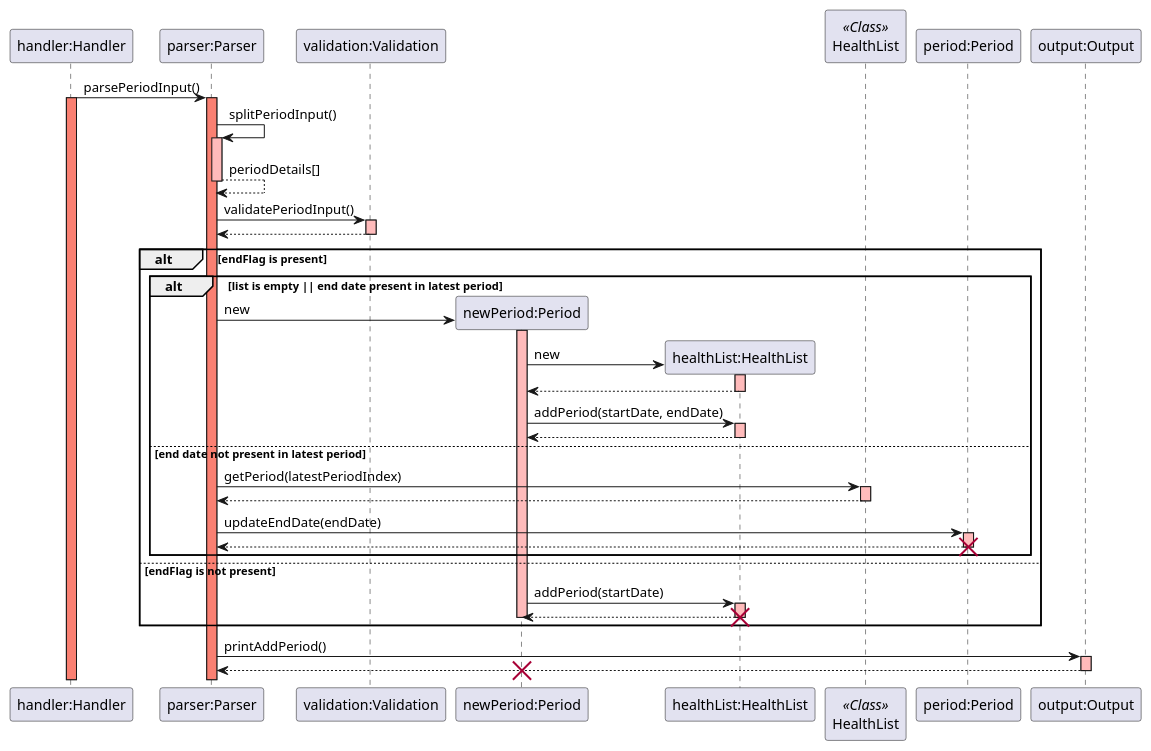
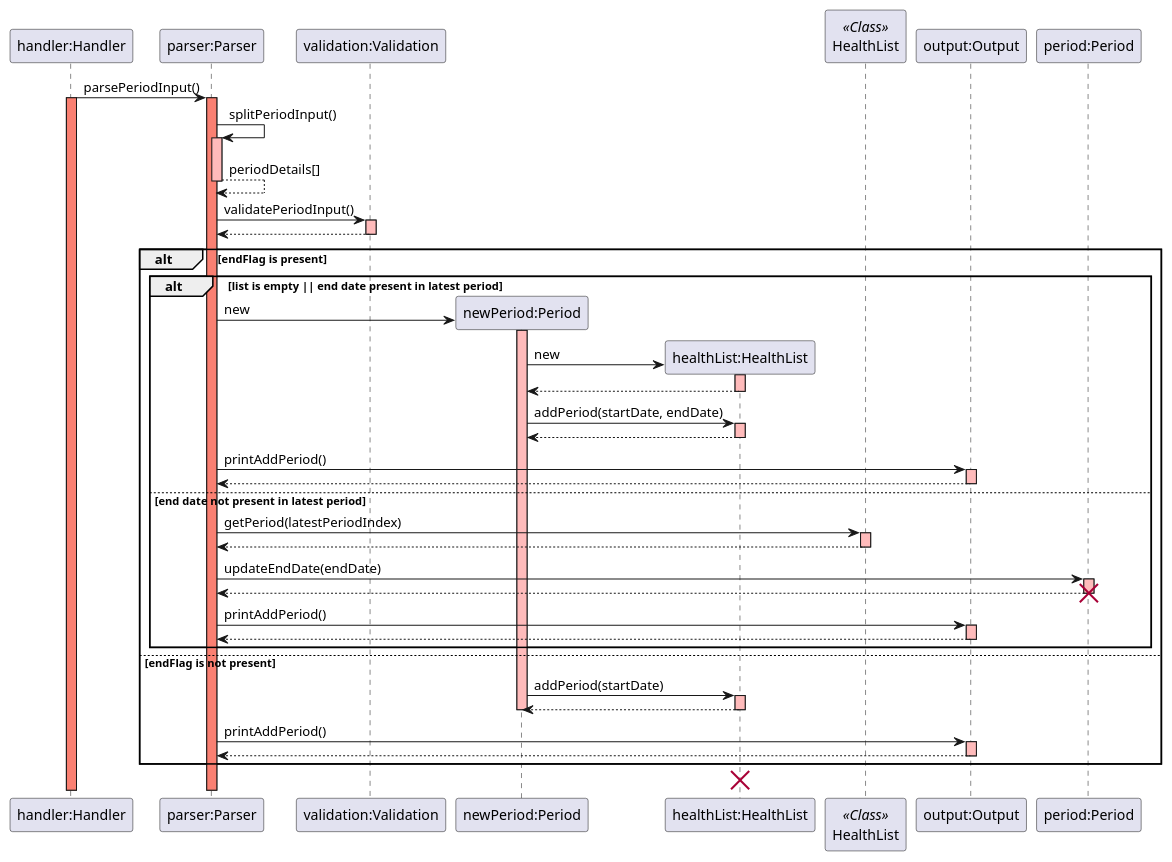
One commit to rouvinerh/tp changed the diagram in docs/puml/sequence_diagrams/period_sequence.puml. Above: the diagram before and after it, drawn with PlantUML. The commit also changed 2 other files, not shown here.

```diff
--- a/docs/puml/sequence_diagrams/period_sequence.puml
+++ b/docs/puml/sequence_diagrams/period_sequence.puml
@@ -1,71 +1,78 @@
 @startuml
 
 skinparam sequenceReferenceBackgroundColor lightblue
 participant "handler:Handler" as Handler
 participant "parser:Parser" as Parser
 participant "validation:Validation" as Validation
 participant "newPeriod:Period" as Period
 participant "healthList:HealthList" as HealthList
 participant HealthList as HealthList1 << Class >>
 
 Handler -> Parser: parsePeriodInput()
 activate Handler #salmon
 activate Parser #salmon
 
 Parser -> Parser: splitPeriodInput()
 activate Parser #FFBBBB
 Parser --> Parser: periodDetails[]
 deactivate Parser #FFBBBB
 
 Parser -> Validation: validatePeriodInput()
 activate Validation #FFBBBB
 Validation --> Parser:
 deactivate Validation
 
 alt endFlag is present
     alt list is empty || end date present in latest period
     Parser -> Period **: new
     activate Period #FFBBBB
     Period -> HealthList **: new
     activate HealthList #FFBBBB
     HealthList --> Period:
     deactivate HealthList #FFBBBB
 
     Period -> HealthList: addPeriod(startDate, endDate)
     activate HealthList #FFBBBB
     HealthList --> Period:
     deactivate HealthList #FFBBBB
-
+    Parser -> "output:Output": printAddPeriod()
+    activate "output:Output" #FFBBBB
+    "output:Output" --> Parser:
+    deactivate  "output:Output"
 
     else end date not present in latest period
     Parser -> HealthList1: getPeriod(latestPeriodIndex)
     activate HealthList1 #FFBBBB
 
     HealthList1 --> Parser:
     deactivate HealthList1 #FFBBBB
     Parser -> "period:Period": updateEndDate(endDate)
     activate "period:Period" #FFBBBB
     "period:Period" --> Parser:
     deactivate HealthList1 #FFBBBB
     deactivate "period:Period" #FFBBBB
     destroy "period:Period"
+    Parser -> "output:Output": printAddPeriod()
+    activate "output:Output" #FFBBBB
+    "output:Output" --> Parser:
+    deactivate  "output:Output"
     end
 
 else endFlag is not present
 
     activate Period #FFBBBB
     Period -> HealthList: addPeriod(startDate)
     activate HealthList #FFBBBB
     HealthList --> Period:
     deactivate HealthList #FFBBBB
     deactivate Period #FFBBBB
-    destroy HealthList
+    Parser -> "output:Output": printAddPeriod()
+    activate "output:Output" #FFBBBB
+    "output:Output" --> Parser:
+    deactivate  "output:Output"
 
 end
-Parser -> "output:Output": printAddPeriod()
-activate "output:Output" #FFBBBB
-"output:Output" --> Parser:
-deactivate  "output:Output"
-destroy Period
+
+destroy HealthList
 
 @enduml
```
